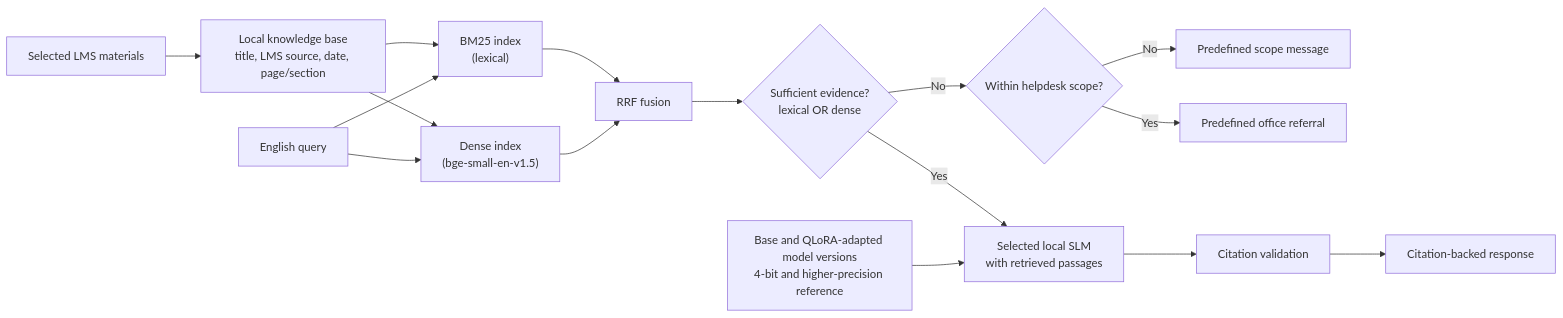
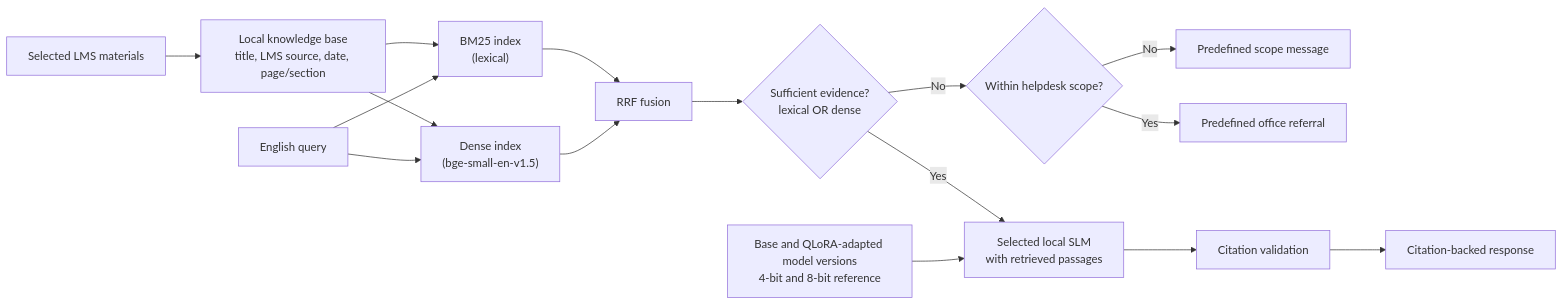
Before and after one commit to Dev1ze32/SLM_OPTIMIZATION: the diagram in ArchitectureAndDesign.md, drawn with Mermaid. The commit also changed other lines of this file and 13 other files, not shown here.

````diff
--- a/ArchitectureAndDesign.md
+++ b/ArchitectureAndDesign.md
@@ -17,18 +17,18 @@
 ```mermaid
 flowchart LR
   A["Selected LMS materials"] --> B["Local knowledge base<br/>title, LMS source, date, page/section"]
   B --> C["BM25 index<br/>(lexical)"]
   B --> D["Dense index<br/>(bge-small-en-v1.5)"]
   Q["English query"] --> C
   Q --> D
   C --> R["RRF fusion"]
   D --> R
   R --> E{"Sufficient evidence?<br/>lexical OR dense"}
   E -->|"Yes"| G["Selected local SLM<br/>with retrieved passages"]
   E -->|"No"| S{"Within helpdesk scope?"}
   S -->|"No"| N["Predefined scope message"]
   S -->|"Yes"| F["Predefined office referral"]
   G --> V["Citation validation"]
   V --> O["Citation-backed response"]
-  M["Base and QLoRA-adapted model versions<br/>4-bit and higher-precision reference"] --> G
+  M["Base and QLoRA-adapted model versions<br/>4-bit and 8-bit reference"] --> G
 ```
````
